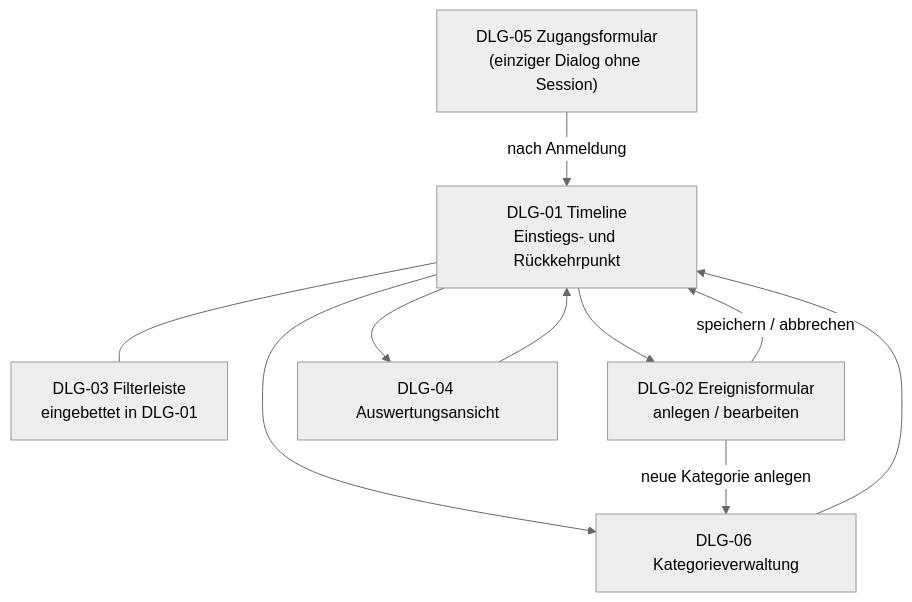
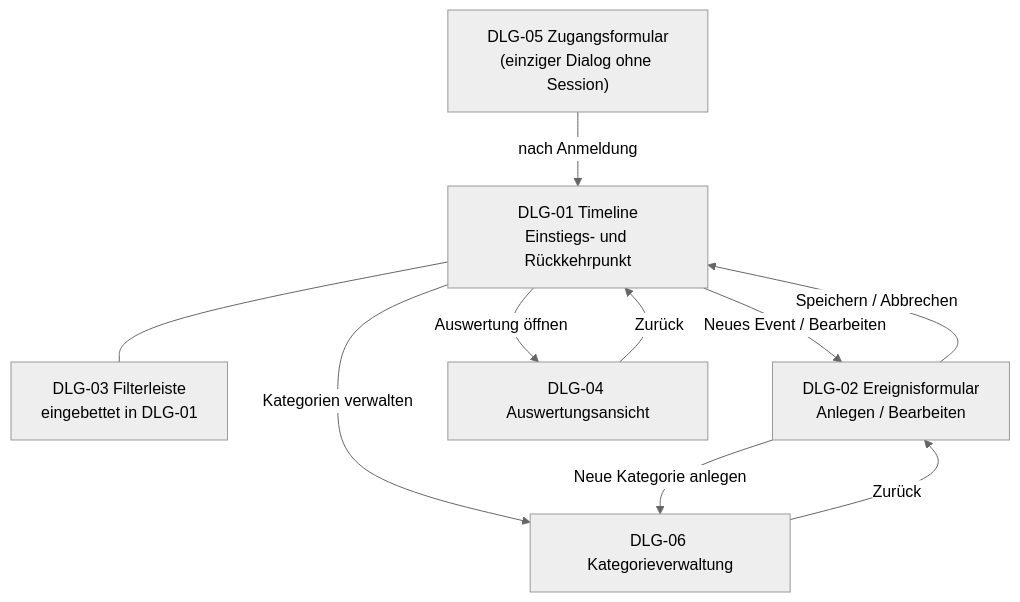
Before and after one commit to ksukh-ux/lifeline-project: the diagram in docs/spec/B1-dialogspezifikation.md, drawn with Mermaid (neutral theme). The commit also changed other lines of this file, not shown here.

````diff
--- a/docs/spec/B1-dialogspezifikation.md
+++ b/docs/spec/B1-dialogspezifikation.md
@@ -32,19 +32,19 @@
 ```mermaid
 flowchart TD
     A["DLG-05 Zugangsformular<br/>(einziger Dialog ohne Session)"]
     B["DLG-01 Timeline<br/>Einstiegs- und Rückkehrpunkt"]
     C["DLG-03 Filterleiste<br/>eingebettet in DLG-01"]
-    D["DLG-02 Ereignisformular<br/>anlegen / bearbeiten"]
+    D["DLG-02 Ereignisformular<br/>Anlegen / Bearbeiten"]
     E["DLG-04 Auswertungsansicht"]
     F["DLG-06 Kategorieverwaltung"]
 
     A -->|nach Anmeldung| B
     B --- C
-    B --> D
-    D -->|speichern / abbrechen| B
-    B --> E
-    E --> B
-    B --> F
-    D -->|neue Kategorie anlegen| F
-    F --> B
+    B -->|Neues Event / Bearbeiten| D
+    D -->|Speichern / Abbrechen| B
+    B -->|Auswertung öffnen| E
+    E -->|Zurück| B
+    B -->|Kategorien verwalten| F
+    D -->|Neue Kategorie anlegen| F
+    F -->|Zurück| D
 ```
````
